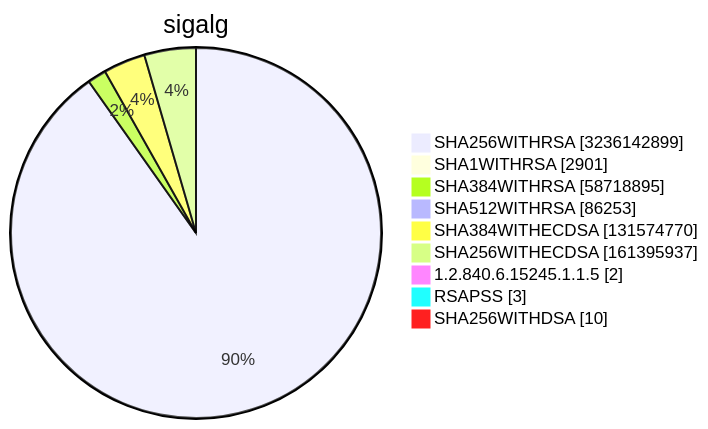
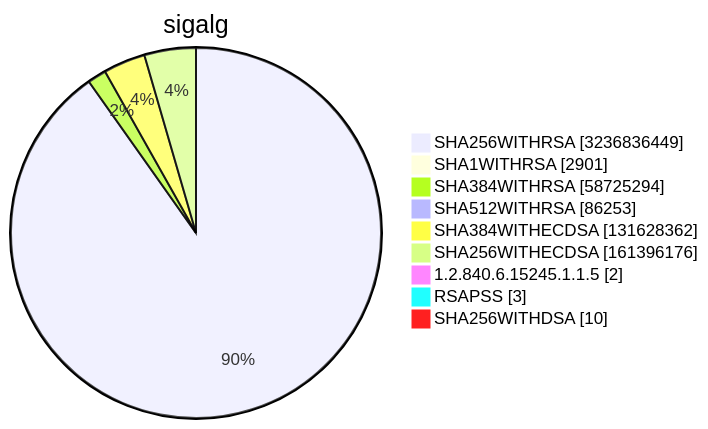
Diagram 15 of 15 in TOTAL/README.md (christiankrug/ctmonitor_visualization), drawn with Mermaid before and after one commit. The commit also changed other lines of this file, not shown here.

````diff
--- a/TOTAL/README.md
+++ b/TOTAL/README.md
@@ -6217,13 +6217,13 @@
 ```mermaid
 pie showData
 title sigalg
-"SHA256WITHRSA" :3236142899
+"SHA256WITHRSA" :3236836449
 "SHA1WITHRSA" :2901
-"SHA384WITHRSA" :58718895
+"SHA384WITHRSA" :58725294
 "SHA512WITHRSA" :86253
-"SHA384WITHECDSA" :131574770
-"SHA256WITHECDSA" :161395937
+"SHA384WITHECDSA" :131628362
+"SHA256WITHECDSA" :161396176
 "1.2.840.6.15245.1.1.5" :2
 "RSAPSS" :3
 "SHA256WITHDSA" :10
 ```
````
